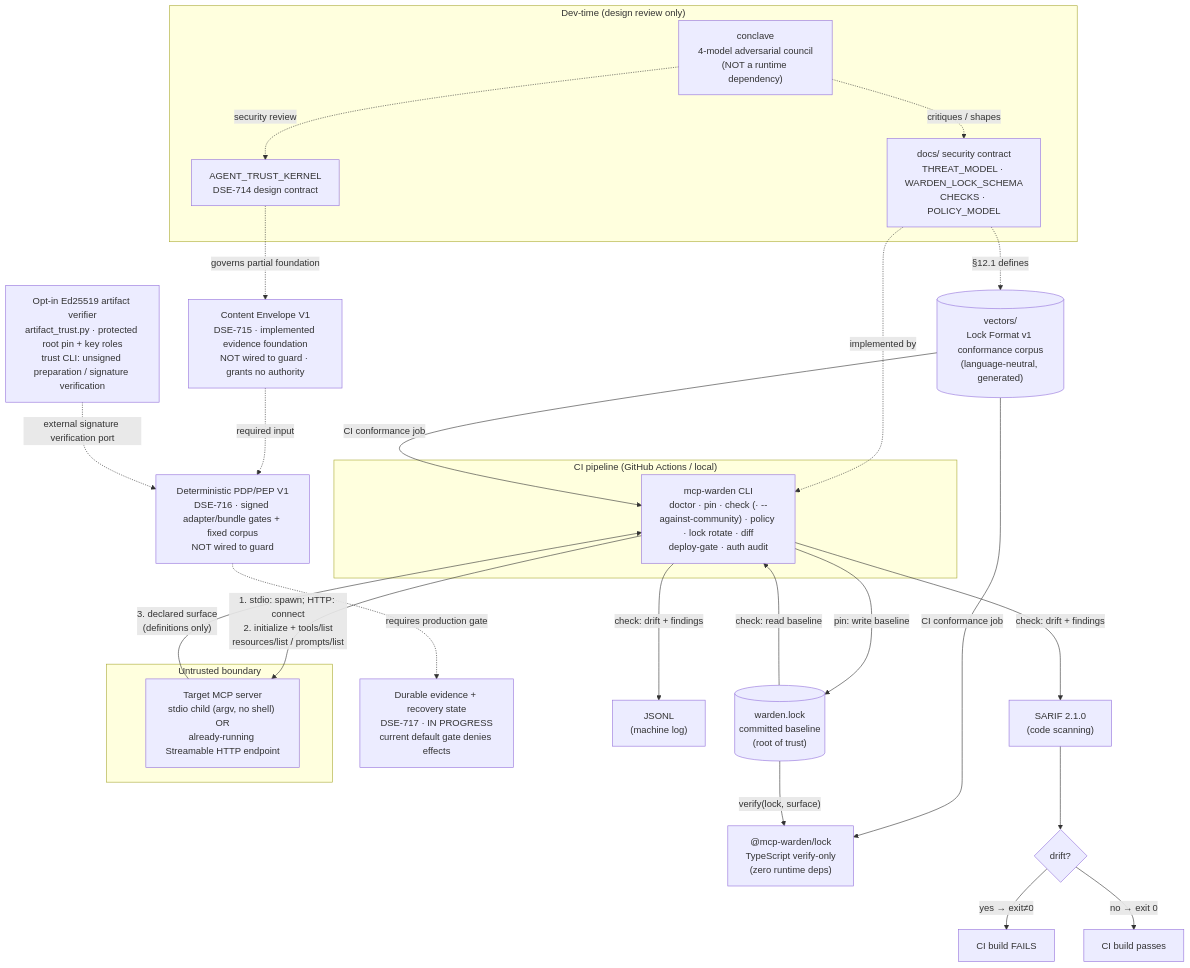
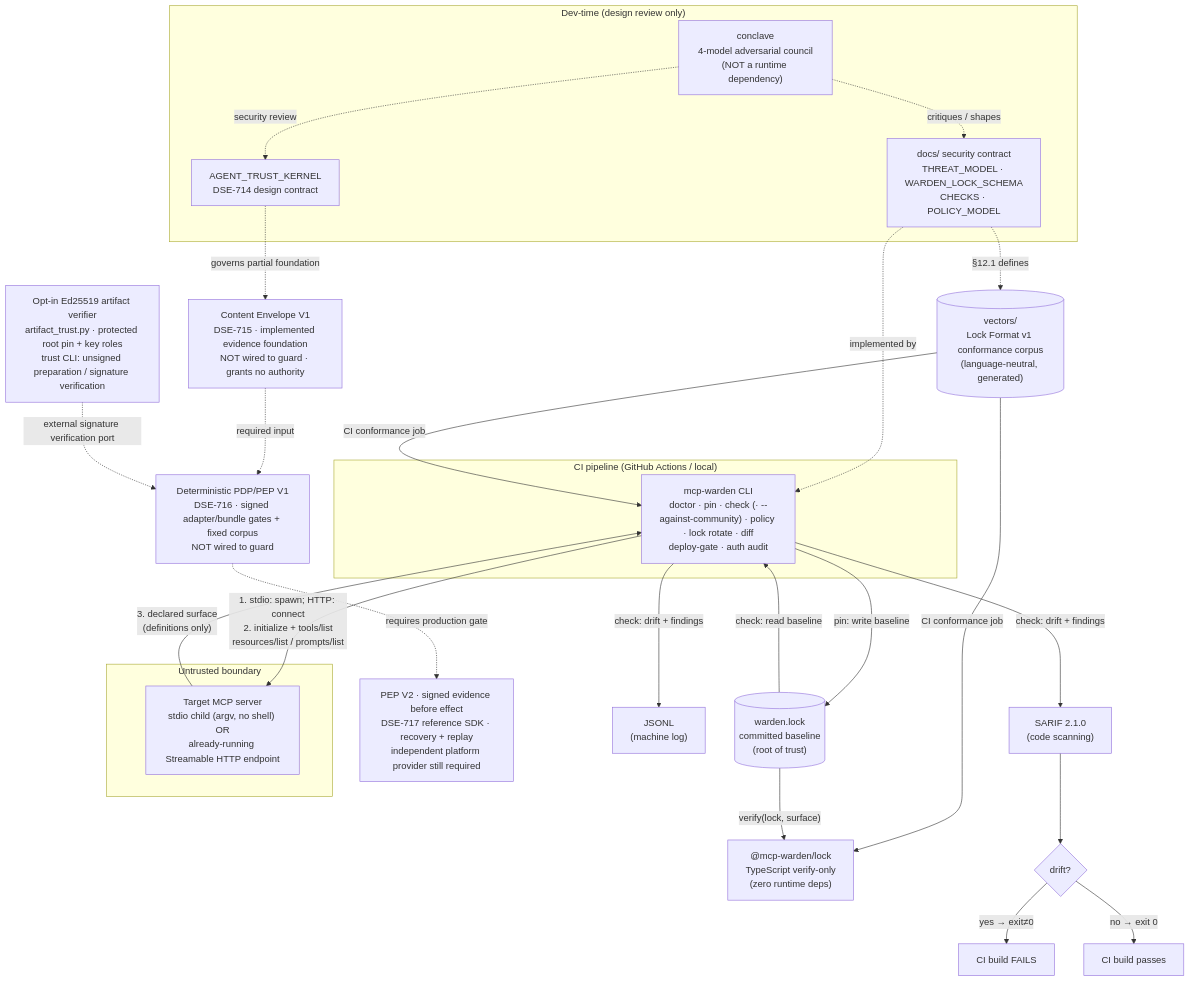
The first of 4 diagrams in SYSTEM_CONTEXT_DIAGRAM.md (DataScience-EngineeringExperts/mcp-warden), drawn with Mermaid before and after one commit. The commit also changed other lines of this file and 12 other files, not shown here.

Commit message:
feat: require receipt failure corpus and document reference boundaries (DSE-717)

````diff
--- a/SYSTEM_CONTEXT_DIAGRAM.md
+++ b/SYSTEM_CONTEXT_DIAGRAM.md
@@ -105,54 +107,54 @@
 ```mermaid
 flowchart TB
     subgraph dev["Dev-time (design review only)"]
         conclave["conclave\n4-model adversarial council\n(NOT a runtime dependency)"]
         specs["docs/ security contract\nTHREAT_MODEL · WARDEN_LOCK_SCHEMA\nCHECKS · POLICY_MODEL"]
         atk["AGENT_TRUST_KERNEL\nDSE-714 design contract"]
         conclave -. "critiques / shapes" .-> specs
         conclave -. "security review" .-> atk
     end
 
     envelope["Content Envelope V1\nDSE-715 · implemented evidence foundation\nNOT wired to guard · grants no authority"]
     decision["Deterministic PDP/PEP V1\nDSE-716 · signed adapter/bundle gates + fixed corpus\nNOT wired to guard"]
     artifactTrust["Opt-in Ed25519 artifact verifier\nartifact_trust.py · protected root pin + key roles\ntrust CLI: unsigned preparation / signature verification"]
-    evidence["Durable evidence + recovery state\nDSE-717 · IN PROGRESS\ncurrent default gate denies effects"]
+    evidence["PEP V2 · signed evidence before effect\nDSE-717 reference SDK · recovery + replay\nindependent platform provider still required"]
     atk -. "governs partial foundation" .-> envelope
     envelope -. "required input" .-> decision
     artifactTrust -. "external signature verification port" .-> decision
     decision -. "requires production gate" .-> evidence
 
     subgraph ci["CI pipeline (GitHub Actions / local)"]
         warden["mcp-warden CLI
 doctor · pin · check (· --against-community) · policy · lock rotate · diff
 deploy-gate · auth audit"]
     end
 
     subgraph target["Untrusted boundary"]
         server["Target MCP server\nstdio child (argv, no shell) OR\nalready-running Streamable HTTP endpoint"]
     end
 
     repo[("warden.lock\ncommitted baseline\n(root of trust)")]
     sarif["SARIF 2.1.0\n(code scanning)"]
     jsonl["JSONL\n(machine log)"]
 
     specs -. "implemented by" .-> warden
 
     vectors[("vectors/\nLock Format v1 conformance corpus\n(language-neutral, generated)")]
     lockts["@mcp-warden/lock\nTypeScript verify-only\n(zero runtime deps)"]
     specs -. "§12.1 defines" .-> vectors
     vectors -- "CI conformance job" --> warden
     vectors -- "CI conformance job" --> lockts
     repo -- "verify(lock, surface)" --> lockts
 
     warden -- "1. stdio: spawn; HTTP: connect\n2. initialize + tools/list\nresources/list / prompts/list" --> server
     server -- "3. declared surface\n(definitions only)" --> warden
 
     warden -- "pin: write baseline" --> repo
     repo -- "check: read baseline" --> warden
     warden -- "check: drift + findings" --> sarif
     warden -- "check: drift + findings" --> jsonl
 
     sarif --> gate{"drift?"}
     gate -- "yes → exit≠0" --> failci["CI build FAILS"]
     gate -- "no → exit 0" --> passci["CI build passes"]
 ```
````
